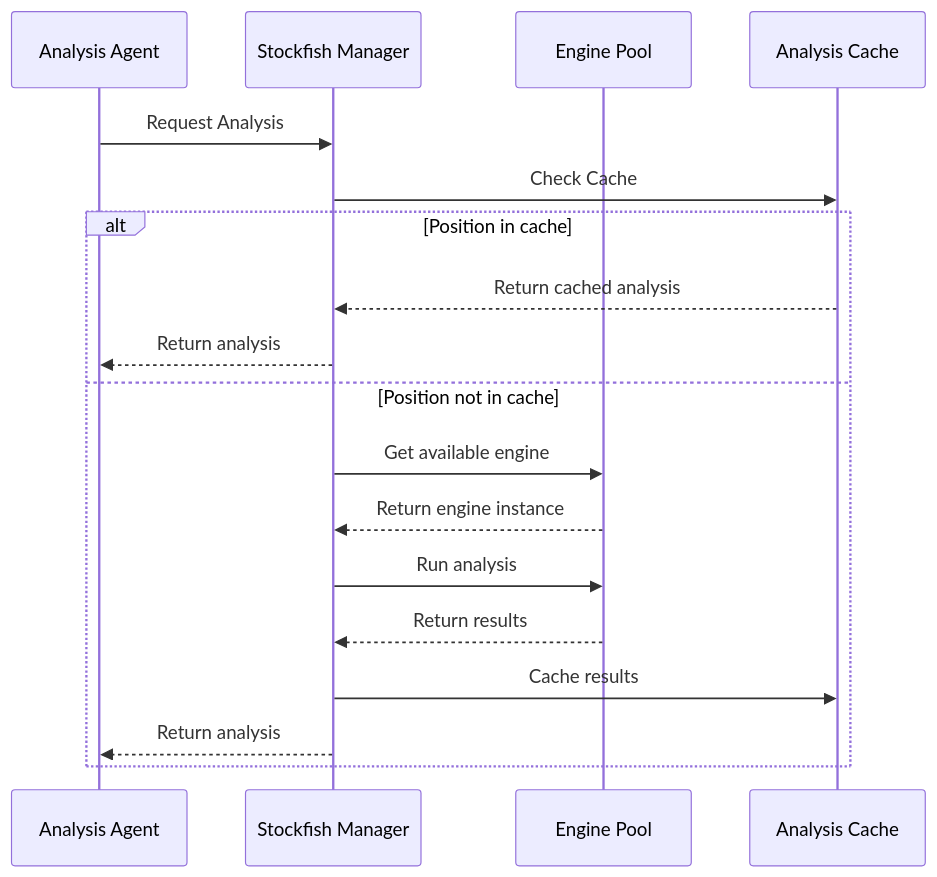
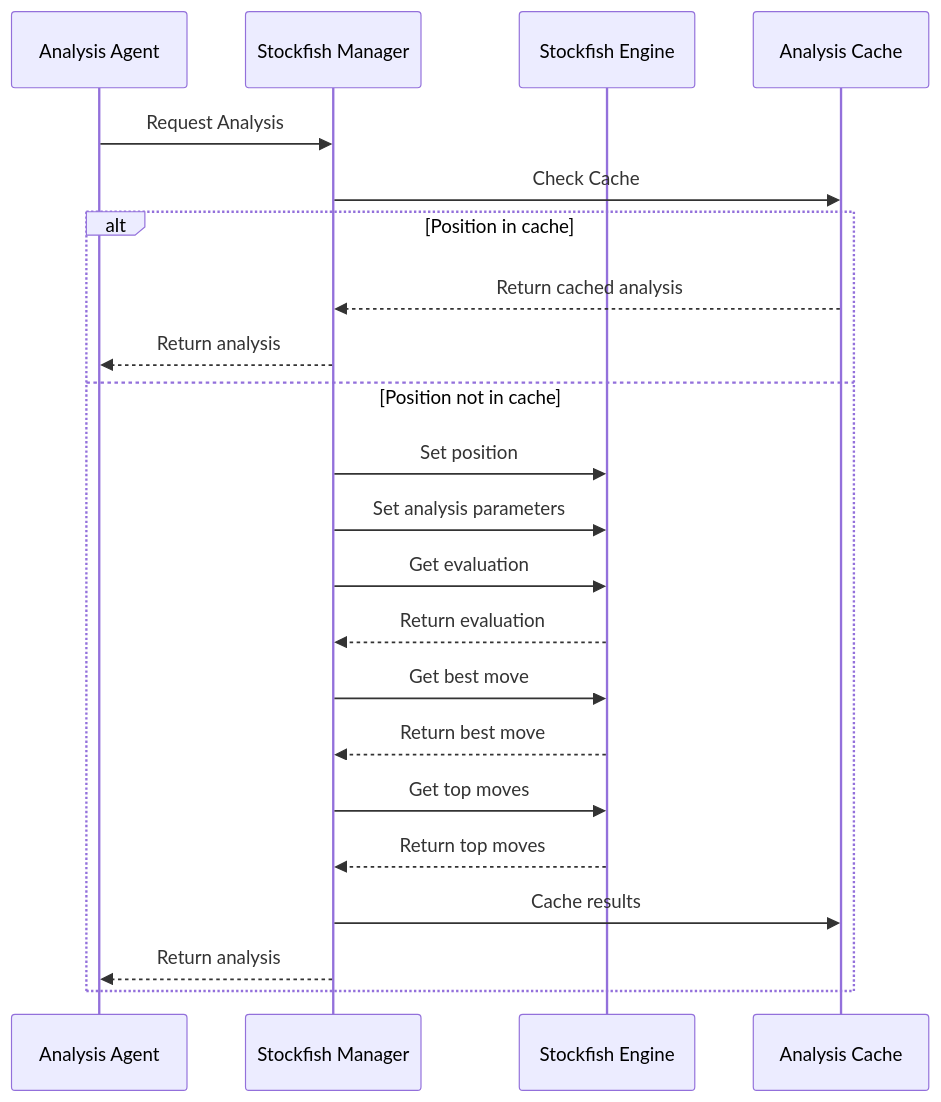
One commit to ViniciusBrown/my_agentic_chess_tutor changed the second of 3 diagrams in docs/architecture.md. Above: the diagram before and after it, drawn with Mermaid. The commit also changed other lines of this file and 15 other files, not shown here.

````diff
--- a/docs/architecture.md
+++ b/docs/architecture.md
@@ -190,21 +232,25 @@
 ```mermaid
 sequenceDiagram
     participant AA as Analysis Agent
     participant SM as Stockfish Manager
-    participant EP as Engine Pool
+    participant SF as Stockfish Engine
     participant AC as Analysis Cache
-    
+
     AA->>SM: Request Analysis
     SM->>AC: Check Cache
     alt Position in cache
         AC-->>SM: Return cached analysis
         SM-->>AA: Return analysis
     else Position not in cache
-        SM->>EP: Get available engine
-        EP-->>SM: Return engine instance
-        SM->>EP: Run analysis
-        EP-->>SM: Return results
+        SM->>SF: Set position
+        SM->>SF: Set analysis parameters
+        SM->>SF: Get evaluation
+        SF-->>SM: Return evaluation
+        SM->>SF: Get best move
+        SF-->>SM: Return best move
+        SM->>SF: Get top moves
+        SF-->>SM: Return top moves
         SM->>AC: Cache results
         SM-->>AA: Return analysis
     end
 ```
````
